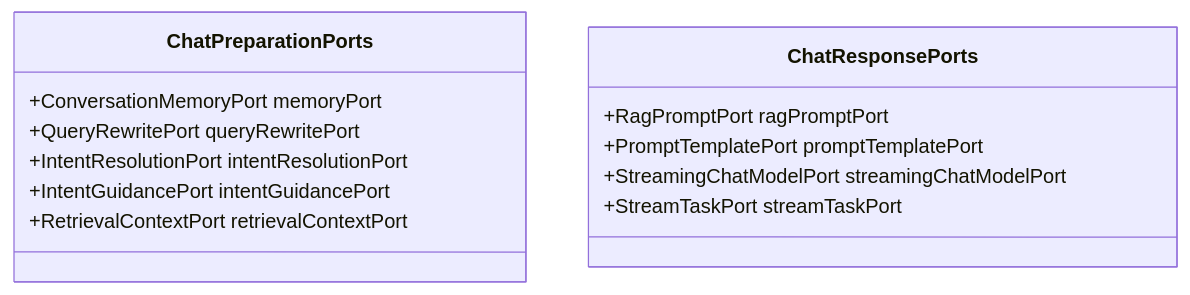
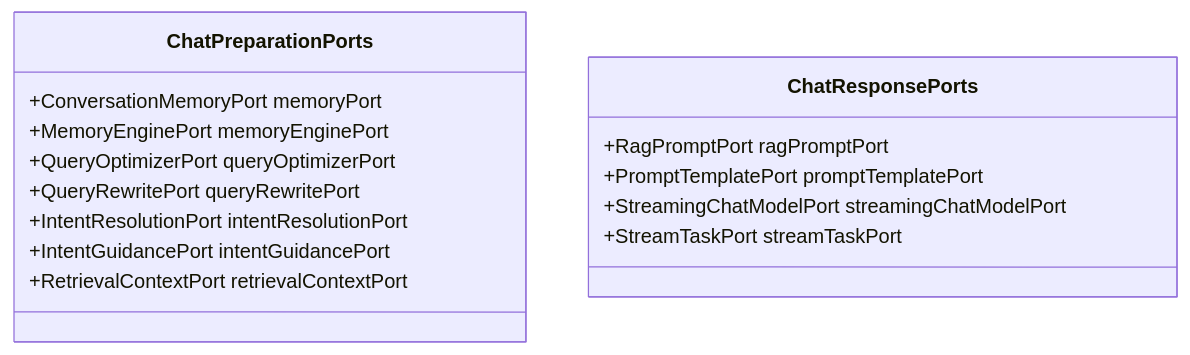
One commit to onceMisery/seahorse-agent changed the fifth of 7 diagrams in docs/zh/content/后端系统/核心内核/应用服务层/聊天应用服务.md. Above: the diagram before and after it, drawn with Mermaid. The commit also changed other lines of this file and 5 other files, not shown here.

First line of the commit message:
docs: sync Chinese docs with memory engine and query optimizer changes

````diff
--- a/docs/zh/content/后端系统/核心内核/应用服务层/聊天应用服务.md
+++ b/docs/zh/content/后端系统/核心内核/应用服务层/聊天应用服务.md
@@ -235,16 +239,18 @@
 ```mermaid
 classDiagram
 class ChatPreparationPorts {
 +ConversationMemoryPort memoryPort
++MemoryEnginePort memoryEnginePort
++QueryOptimizerPort queryOptimizerPort
 +QueryRewritePort queryRewritePort
 +IntentResolutionPort intentResolutionPort
 +IntentGuidancePort intentGuidancePort
 +RetrievalContextPort retrievalContextPort
 }
 class ChatResponsePorts {
 +RagPromptPort ragPromptPort
 +PromptTemplatePort promptTemplatePort
 +StreamingChatModelPort streamingChatModelPort
 +StreamTaskPort streamTaskPort
 }
 ```
````
